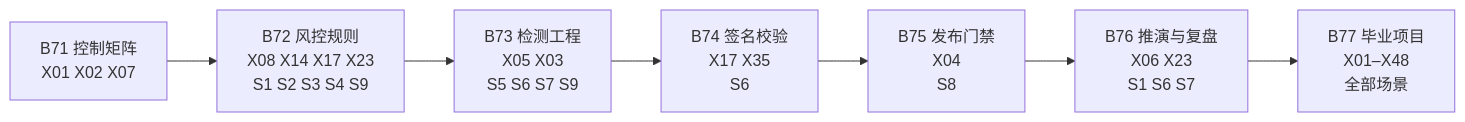
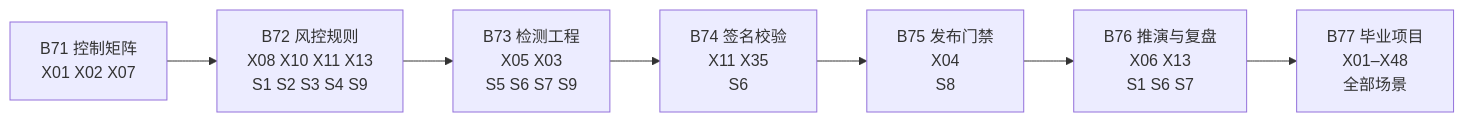
Before and after one commit to ocean-8848/web3-security-101: the diagram in Web3-Security/bootcamp/B70-offchain-l3-guide.md, drawn with Mermaid. The commit also changed other lines of this file and 88 other files, not shown here.

````diff
--- a/Web3-Security/bootcamp/B70-offchain-l3-guide.md
+++ b/Web3-Security/bootcamp/B70-offchain-l3-guide.md
@@ -112,9 +112,9 @@
 ```mermaid
 flowchart LR
-    B71["B71 控制矩阵<br/>X01 X02 X07"] --> B72["B72 风控规则<br/>X08 X14 X17 X23<br/>S1 S2 S3 S4 S9"]
+    B71["B71 控制矩阵<br/>X01 X02 X07"] --> B72["B72 风控规则<br/>X08 X10 X11 X13<br/>S1 S2 S3 S4 S9"]
     B72 --> B73["B73 检测工程<br/>X05 X03<br/>S5 S6 S7 S9"]
-    B73 --> B74["B74 签名校验<br/>X17 X35<br/>S6"]
+    B73 --> B74["B74 签名校验<br/>X11 X35<br/>S6"]
     B74 --> B75["B75 发布门禁<br/>X04<br/>S8"]
-    B75 --> B76["B76 推演与复盘<br/>X06 X23<br/>S1 S6 S7"]
+    B75 --> B76["B76 推演与复盘<br/>X06 X13<br/>S1 S6 S7"]
     B76 --> B77["B77 毕业项目<br/>X01–X48<br/>全部场景"]
 ```
````
